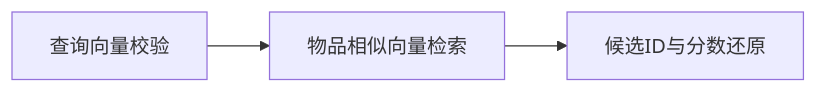
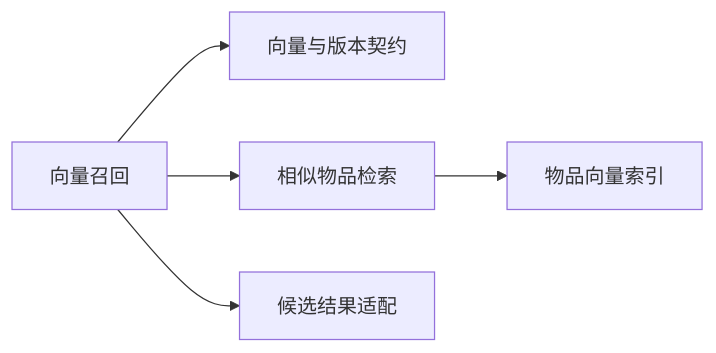
Before and after one commit to bitianyuan123/docs: the first of 15 diagrams in 07_other_services.md, drawn with Mermaid. The commit also changed other lines of this file and 141 other files, not shown here.

````diff
--- a/07_other_services.md
+++ b/07_other_services.md
@@ -15,5 +15,7 @@
 ```mermaid
 flowchart LR
-    A[查询向量校验] --> B[物品相似向量检索]
-    B --> C[候选ID与分数还原]
+    R[向量召回] --> V[向量与版本契约]
+    R --> Q[相似物品检索]
+    R --> C[候选结果适配]
+    Q --> I[物品向量索引]
 ```
````
